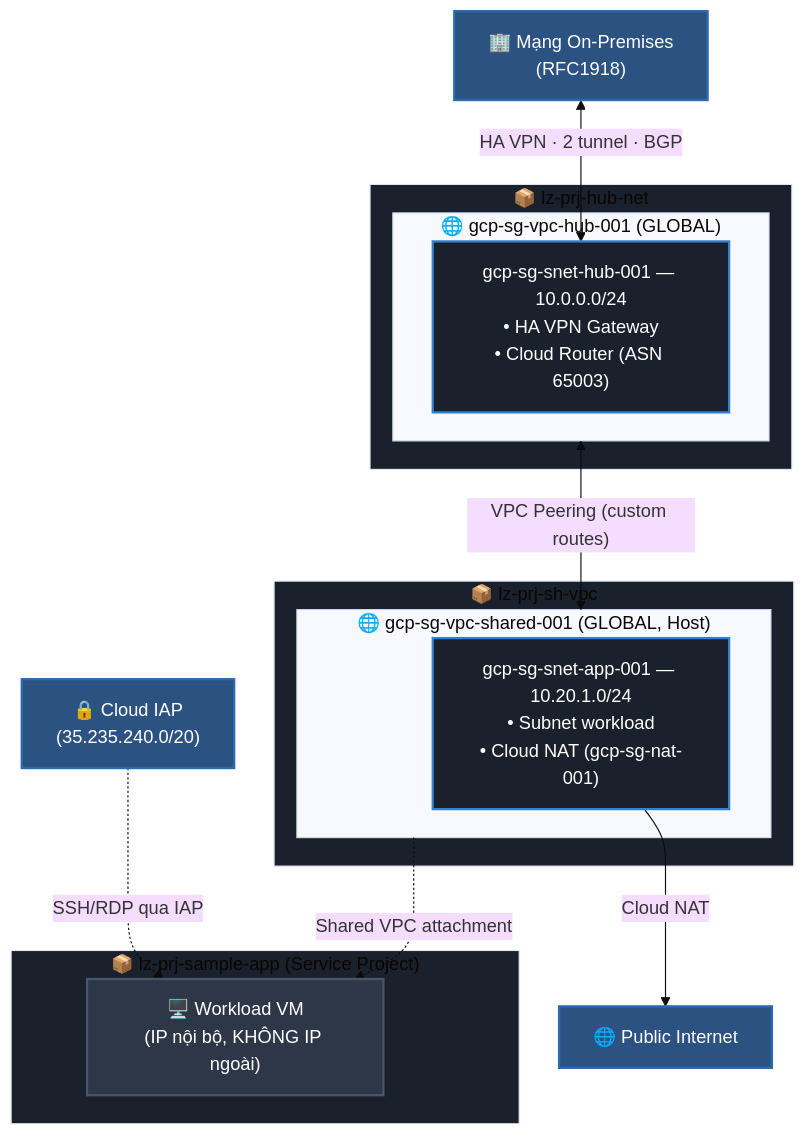
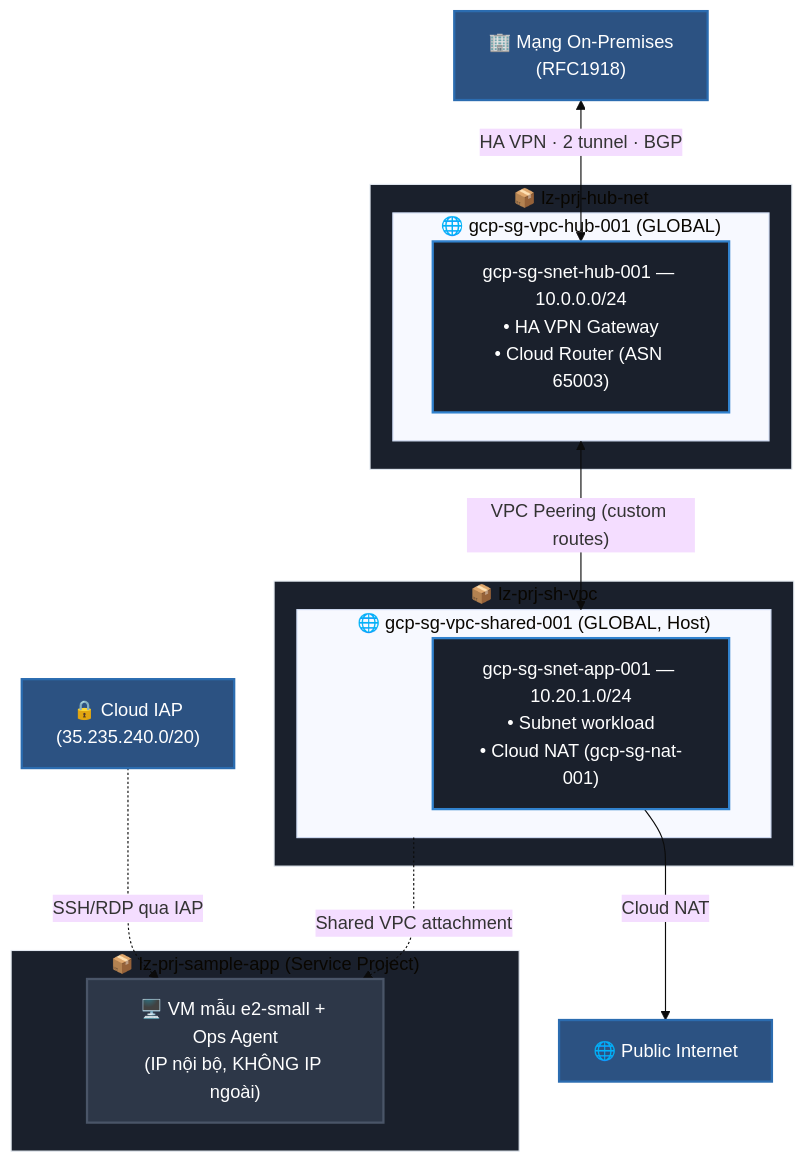
One commit to sontxdev04/Landing-Zone-GCP changed the first of 4 diagrams in docs/architecture.md. Above: the diagram before and after it, drawn with Mermaid (base theme). The commit also changed 3 other files, not shown here.

Commit message:
docs: sync README/docs with sample VM (e2-small+Ops Agent), fix stale Ops Agent URL, add config.sh source step for copy-paste

````diff
--- a/docs/architecture.md
+++ b/docs/architecture.md
@@ -121,35 +121,35 @@
 ```mermaid
 flowchart TD
     classDef project fill:#2d3748,stroke:#4a5568,stroke-width:2px,color:#fff;
     classDef network fill:#1a202c,stroke:#3182ce,stroke-width:2px,color:#fff;
     classDef external fill:#2c5282,stroke:#2b6cb0,stroke-width:2px,color:#fff;
 
     OnPrem["🏢 Mạng On-Premises<br/>(RFC1918)"]:::external
     Internet["🌐 Public Internet"]:::external
     IAP["🔒 Cloud IAP<br/>(35.235.240.0/20)"]:::external
 
     subgraph HubProject["📦 lz-prj-hub-net"]
         subgraph HubVPC["🌐 gcp-sg-vpc-hub-001 (GLOBAL)"]
             HubSubnet["gcp-sg-snet-hub-001 — 10.0.0.0/24<br/>• HA VPN Gateway<br/>• Cloud Router (ASN 65003)"]:::network
         end
     end
     style HubProject fill:#1a202c,stroke:#e2e8f0,stroke-width:1px
 
     subgraph SharedVPCProject["📦 lz-prj-sh-vpc"]
         subgraph SharedVPC["🌐 gcp-sg-vpc-shared-001 (GLOBAL, Host)"]
             AppSubnet["gcp-sg-snet-app-001 — 10.20.1.0/24<br/>• Subnet workload<br/>• Cloud NAT (gcp-sg-nat-001)"]:::network
         end
     end
     style SharedVPCProject fill:#1a202c,stroke:#e2e8f0,stroke-width:1px
 
     subgraph WorkloadProject["📦 lz-prj-sample-app (Service Project)"]
-        VM["🖥️ Workload VM<br/>(IP nội bộ, KHÔNG IP ngoài)"]:::project
+        VM["🖥️ VM mẫu e2-small + Ops Agent<br/>(IP nội bộ, KHÔNG IP ngoài)"]:::project
     end
     style WorkloadProject fill:#1a202c,stroke:#e2e8f0,stroke-width:1px
 
     OnPrem <-->|"HA VPN · 2 tunnel · BGP"| HubSubnet
     HubVPC <-->|"VPC Peering (custom routes)"| SharedVPC
     SharedVPC -.->|"Shared VPC attachment"| VM
     AppSubnet -->|"Cloud NAT"| Internet
     IAP -.->|"SSH/RDP qua IAP"| VM
 ```
````
